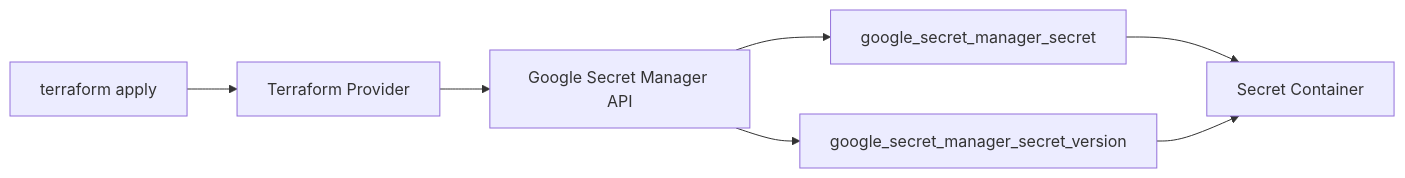
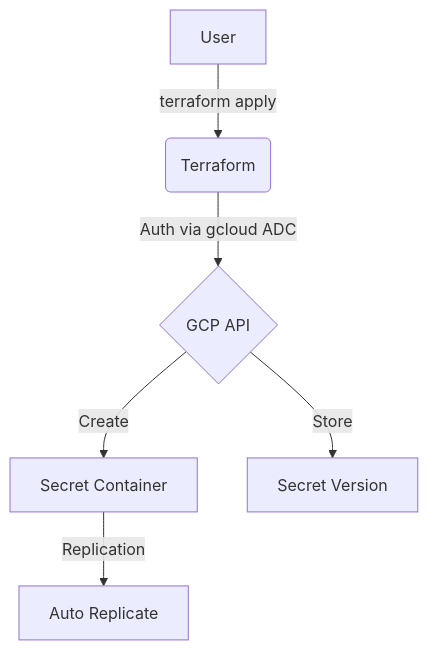
One commit to marcuwynu23/terraform-gcp-secret-manager changed the first of 2 diagrams in README.md. Above: the diagram before and after it, drawn with Mermaid. The commit also changed other lines of this file, not shown here.

````diff
--- a/README.md
+++ b/README.md
@@ -7,9 +8,8 @@
 ```mermaid
-flowchart LR
-    A[terraform apply] --> B[Terraform Provider]
-    B --> C[Google Secret Manager API]
-    C --> D[google_secret_manager_secret]
-    C --> E[google_secret_manager_secret_version]
-    D --> F[Secret Container]
-    E --> F
+graph TD
+    A[User] -->|terraform apply| B(Terraform)
+    B -->|Auth via gcloud ADC| C{GCP API}
+    C -->|Create| D[Secret Container]
+    C -->|Store| E[Secret Version]
+    D -->|Replication| F[Auto Replicate]
 ```
````
